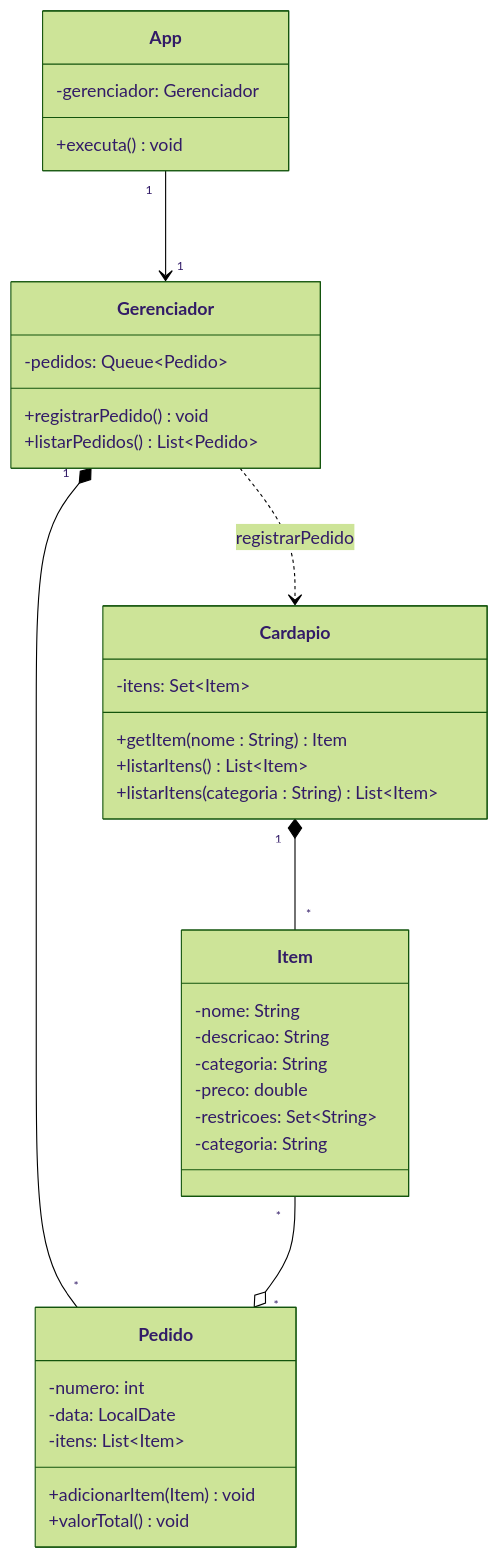
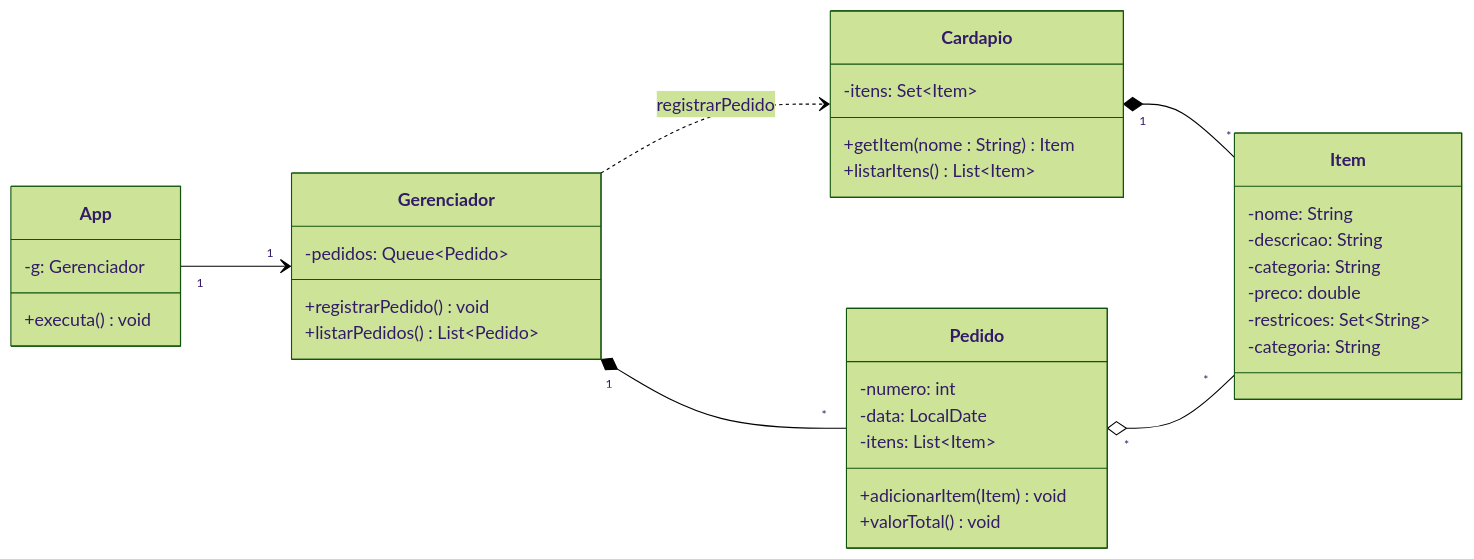
Before and after one commit to smauricioj/poo-slides-associacoes: the ninth of 9 diagrams in readme.md, drawn with Mermaid (forest theme). The commit also changed other lines of this file, not shown here.

````diff
--- a/readme.md
+++ b/readme.md
@@ -214,45 +214,44 @@
 ```mermaid
 %%{init: {'flowchart': {'nodeSpacing': 100, 'rankSpacing': 100}}}%%
 classDiagram
-    direction TB
+    direction LR
     class App {
-        -gerenciador: Gerenciador
+        -g: Gerenciador
         +executa() void
     }
 
     class Gerenciador {
         -pedidos: Queue~Pedido~
         +registrarPedido() void
         +listarPedidos() List~Pedido~
     }
 
     class Pedido {
         -numero: int
         -data: LocalDate
         -itens: List~Item~
         +adicionarItem(Item) void
         +valorTotal() void
     }
 
     class Item {
         -nome: String
         -descricao: String
         -categoria: String 
         -preco: double
         -restricoes: Set~String~
         -categoria: String
     }
 
     class Cardapio {
         -itens: Set~Item~
         +getItem(nome : String) Item
         +listarItens() List~Item~
-        +listarItens(categoria : String) List~Item~
     }
 
     App "1" --> "1"  Gerenciador
     Gerenciador "1" *-- "*" Pedido
     Gerenciador ..> Cardapio : registrarPedido
     Cardapio "1" *-- "*" Item
-    Item "*" --o "*" Pedido
+    Pedido "*" o-- "*" Item
 ```
````
